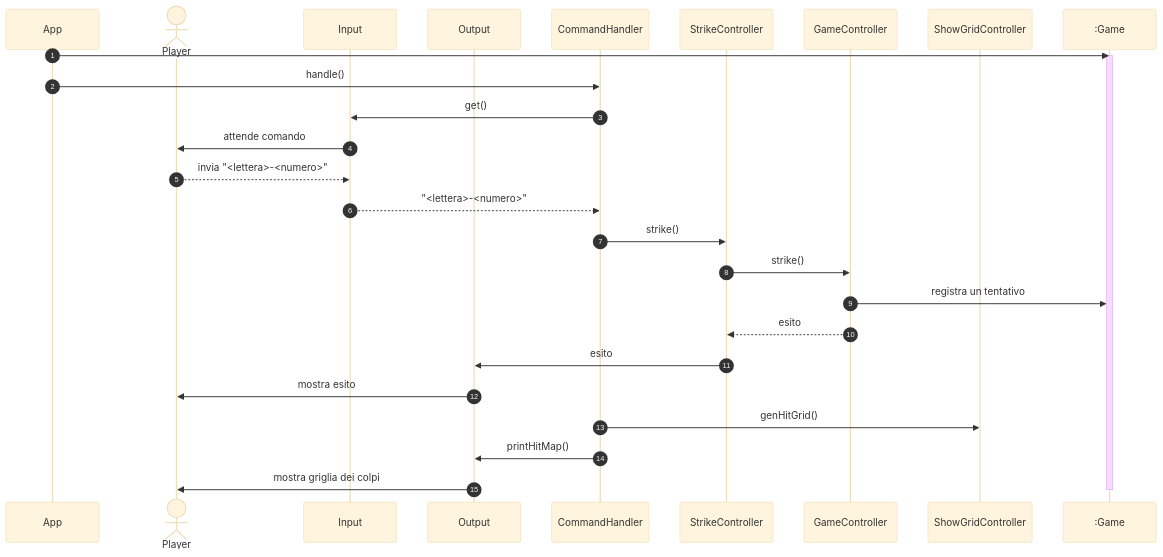
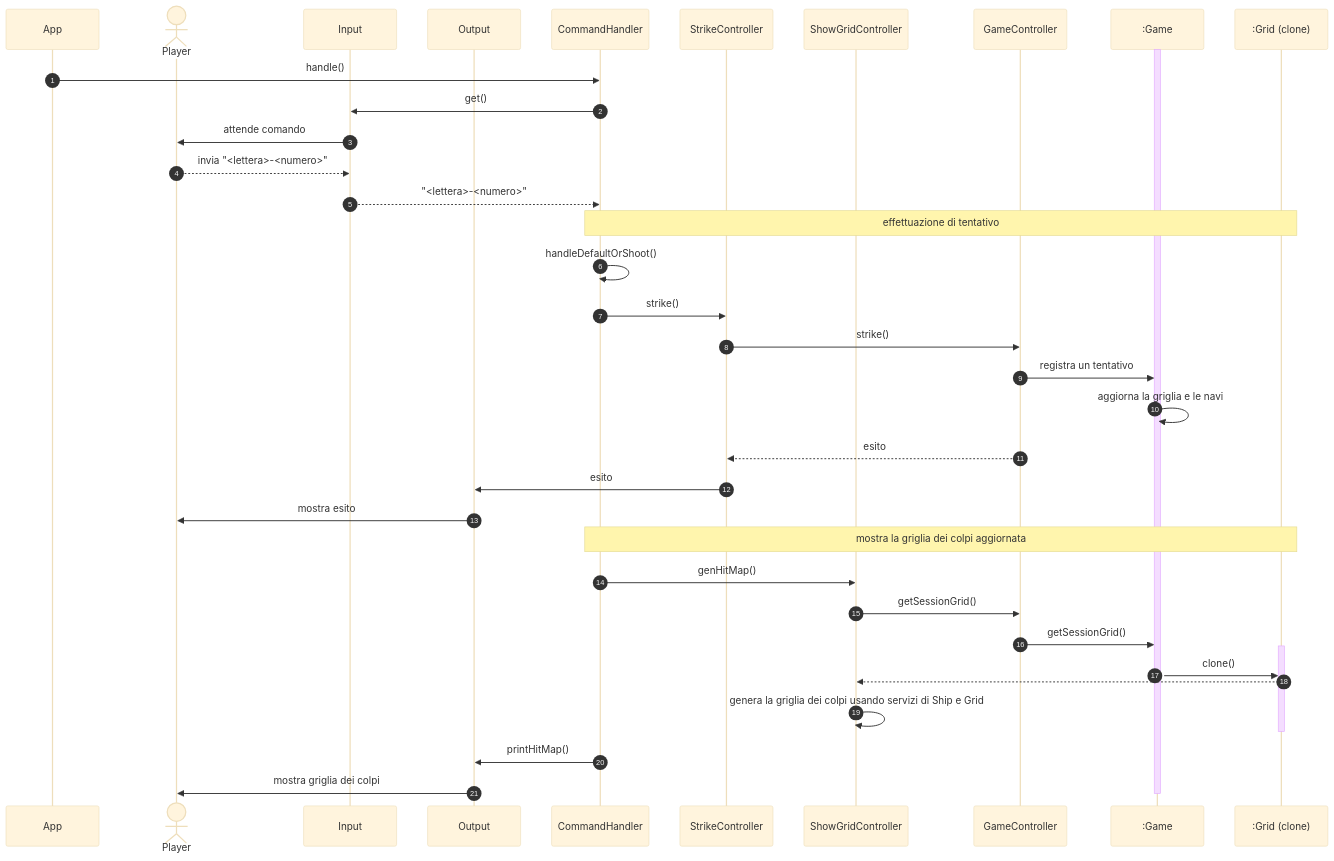
One commit to softeng2223-inf-uniba/progetto2223-thacker changed the sixth of 7 diagrams in docs/Report.md. Above: the diagram before and after it, drawn with Mermaid (base theme).

Commit message:
Aggiornato diagramma di sequenza in 5.A.3

````diff
--- a/docs/Report.md
+++ b/docs/Report.md
@@ -481,34 +481,46 @@
 ```mermaid
 sequenceDiagram
-    autonumber
+  autonumber
 
-    participant App
-    actor Player
-    participant Input
-    participant Output
-    participant CH as CommandHandler
-    participant StCo as StrikeController
-    participant GaCo as GameController
-    participant ShGrCo as ShowGridController
-    participant Game as :Game
+  participant App
+  actor Player
+  participant Input
+  participant Output
+  participant CH as CommandHandler
+  participant StCo as StrikeController
+  participant ShGrCo as ShowGridController
+  participant GaCo as GameController
+  participant Game as :Game
+  participant Grid as :Grid (clone)
 
-    App ->> Game: 
-    activate Game
+  activate Game
 
-    App ->> CH: handle()
-    CH ->> Input: get()
-    Input ->> Player: attende comando
-    Player -->> Input: invia "<lettera>-<numero>"
-    Input -->> CH: "<lettera>-<numero>"
-    CH ->> StCo: strike()
-    StCo ->> GaCo: strike()
-    GaCo ->> Game: registra un tentativo
-    GaCo -->> StCo: esito
-    StCo ->> Output: esito
-    Output ->> Player: mostra esito
-    CH ->> ShGrCo: genHitGrid()
-    CH ->> Output: printHitMap()
-    Output ->> Player: mostra griglia dei colpi
+  App ->> CH: handle()
+  CH ->> Input: get()
+  Input ->> Player: attende comando
+  Player -->> Input: invia "<lettera>-<numero>"
+  Input -->> CH: "<lettera>-<numero>"
+  note over CH,Grid: effettuazione di tentativo
+  CH ->> CH: handleDefaultOrShoot()
+  CH ->> StCo: strike()
+  StCo ->> GaCo: strike()
+  GaCo ->> Game: registra un tentativo
+  Game ->> Game: aggiorna la griglia e le navi 
+  GaCo -->> StCo: esito
+  StCo ->> Output: esito
+  Output ->> Player: mostra esito
 
-    deactivate Game
+  note over CH,Grid: mostra la griglia dei colpi aggiornata
+  CH ->> ShGrCo: genHitMap()
+  ShGrCo ->> GaCo: getSessionGrid()
+  GaCo ->> Game: getSessionGrid()
+  activate Grid
+  Game ->> Grid: clone()
+  Grid -->> ShGrCo: 
+  ShGrCo ->> ShGrCo : genera la griglia dei colpi usando servizi di Ship e Grid
+  deactivate Grid
+  CH ->> Output: printHitMap()
+  Output ->> Player: mostra griglia dei colpi
+
+  deactivate Game
 ```
````
